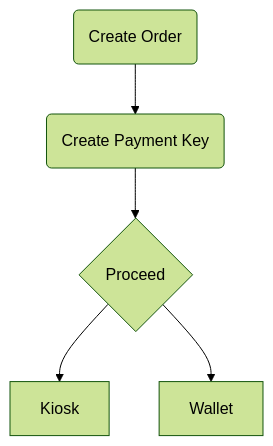
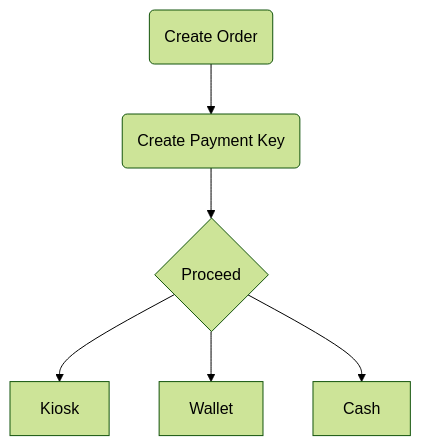
Before and after one commit to muhammedattif/Paymob-Solutions: the second of 2 diagrams in docs/services/accept.md, drawn with Mermaid (forest theme). The commit also changed other lines of this file, not shown here.

````diff
--- a/docs/services/accept.md
+++ b/docs/services/accept.md
@@ -23,7 +23,8 @@
 ```mermaid
 flowchart TD
     A(Create Order) --> B(Create Payment Key)
     B --> C{Proceed}
     C --> D[Kiosk]
     C --> E[Wallet]
+    C --> F[Cash]
 ```
````
